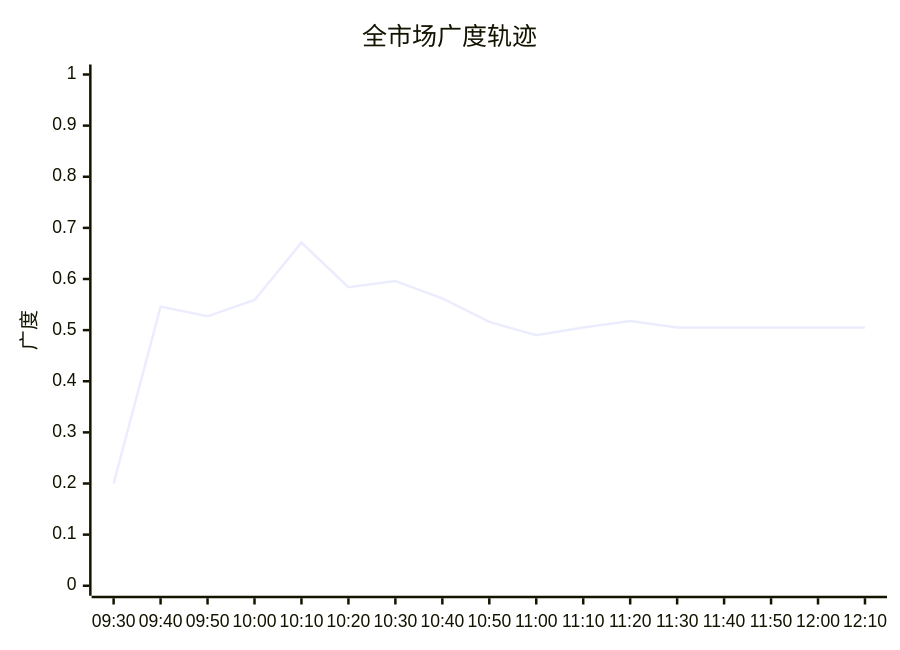
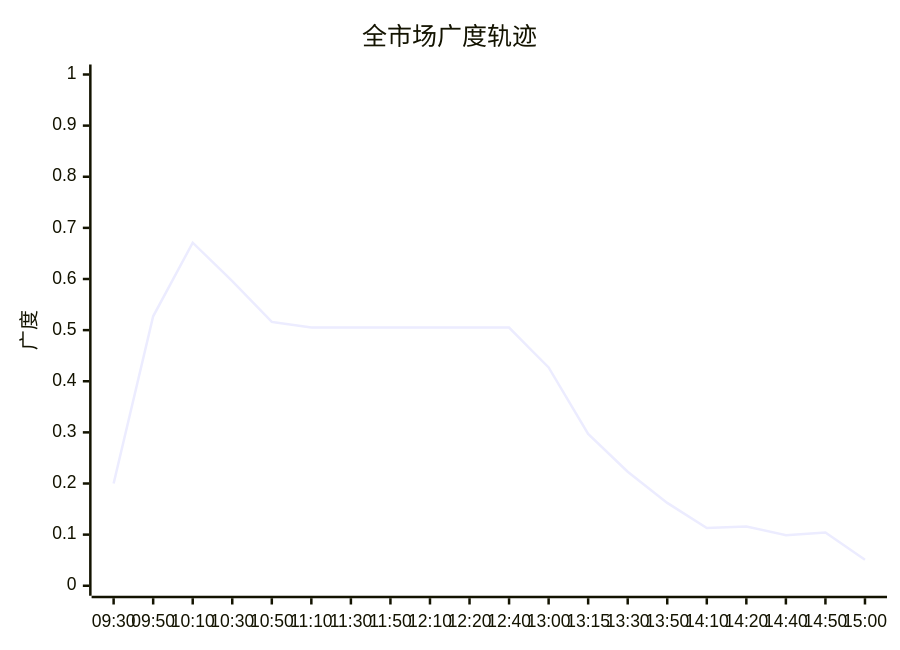
Before and after one commit to hesherchen-sketch/ray1992chzl: the second of 25 diagrams in content/投研交易/盘中分析/20261125.md, drawn with Mermaid. The commit also changed other lines of this file, not shown here.

Commit message:
sync notes 2026-11-25 18:00: 盘中分析改版（总览置顶+盯盘卡 mermaid、概念口径、梯队修正、机会与快讯）

````diff
--- a/content/投研交易/盘中分析/20261125.md
+++ b/content/投研交易/盘中分析/20261125.md
@@ -112,7 +140,7 @@
 ```mermaid
 xychart-beta
     title "全市场广度轨迹"
-    x-axis ["09:30", "09:40", "09:50", "10:00", "10:10", "10:20", "10:30", "10:40", "10:50", "11:00", "11:10", "11:20", "11:30", "11:40", "11:50", "12:00", "12:10"]
+    x-axis ["09:30", "09:50", "10:10", "10:30", "10:50", "11:10", "11:30", "11:50", "12:10", "12:20", "12:40", "13:00", "13:15", "13:30", "13:50", "14:10", "14:20", "14:40", "14:50", "15:00"]
     y-axis "广度" 0 --> 1
-    line [0.2, 0.546, 0.527, 0.559, 0.671, 0.584, 0.596, 0.562, 0.516, 0.49, 0.505, 0.518, 0.505, 0.505, 0.505, 0.505, 0.505]
+    line [0.2, 0.527, 0.671, 0.596, 0.516, 0.505, 0.505, 0.505, 0.505, 0.505, 0.505, 0.427, 0.297, 0.223, 0.162, 0.113, 0.116, 0.099, 0.104, 0.051]
 ```
````
